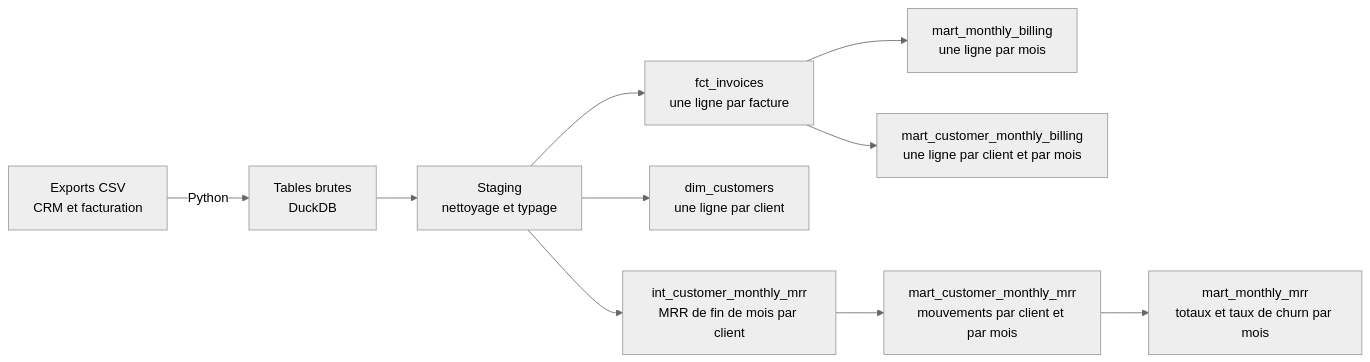
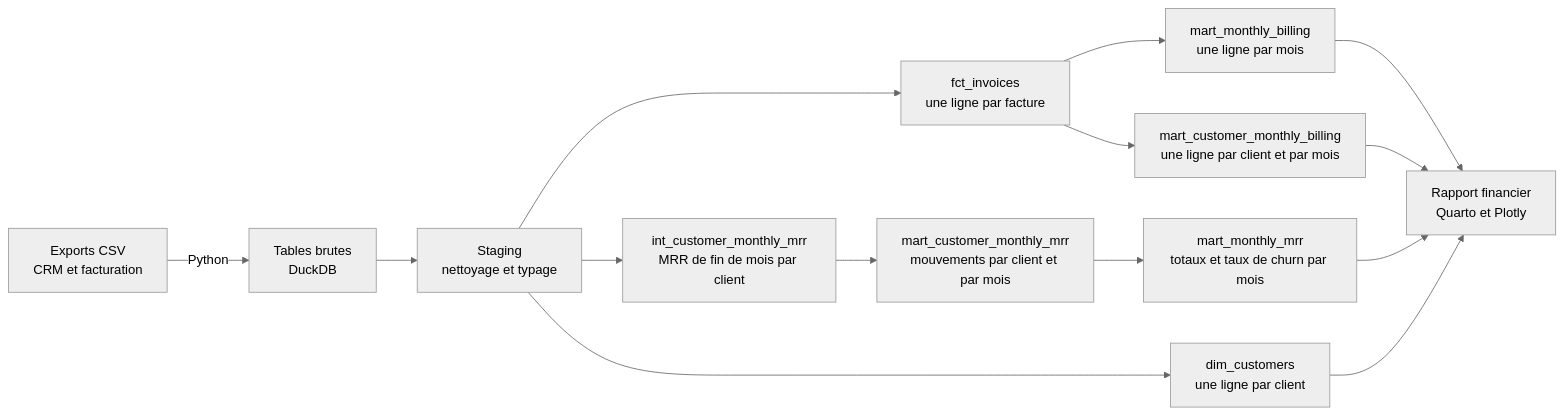
One commit to MelvinBrdt/saas-revenue-analytics changed the diagram in README.md. Above: the diagram before and after it, drawn with Mermaid (neutral theme). The commit also changed other lines of this file, not shown here.

````diff
--- a/README.md
+++ b/README.md
@@ -81,12 +84,13 @@
 ```mermaid
 flowchart LR
     A[Exports CSV<br>CRM et facturation] -->|Python| B[Tables brutes<br>DuckDB]
     B --> C[Staging<br>nettoyage et typage]
     C --> D[fct_invoices<br>une ligne par facture]
     D --> E[mart_monthly_billing<br>une ligne par mois]
     D --> F[mart_customer_monthly_billing<br>une ligne par client et par mois]
     C --> J[dim_customers<br>une ligne par client]
     C --> G[int_customer_monthly_mrr<br>MRR de fin de mois par client]
     G --> H[mart_customer_monthly_mrr<br>mouvements par client et par mois]
     H --> I[mart_monthly_mrr<br>totaux et taux de churn par mois]
+    E & F & I & J --> K[Rapport financier<br>Quarto et Plotly]
 ```
````
